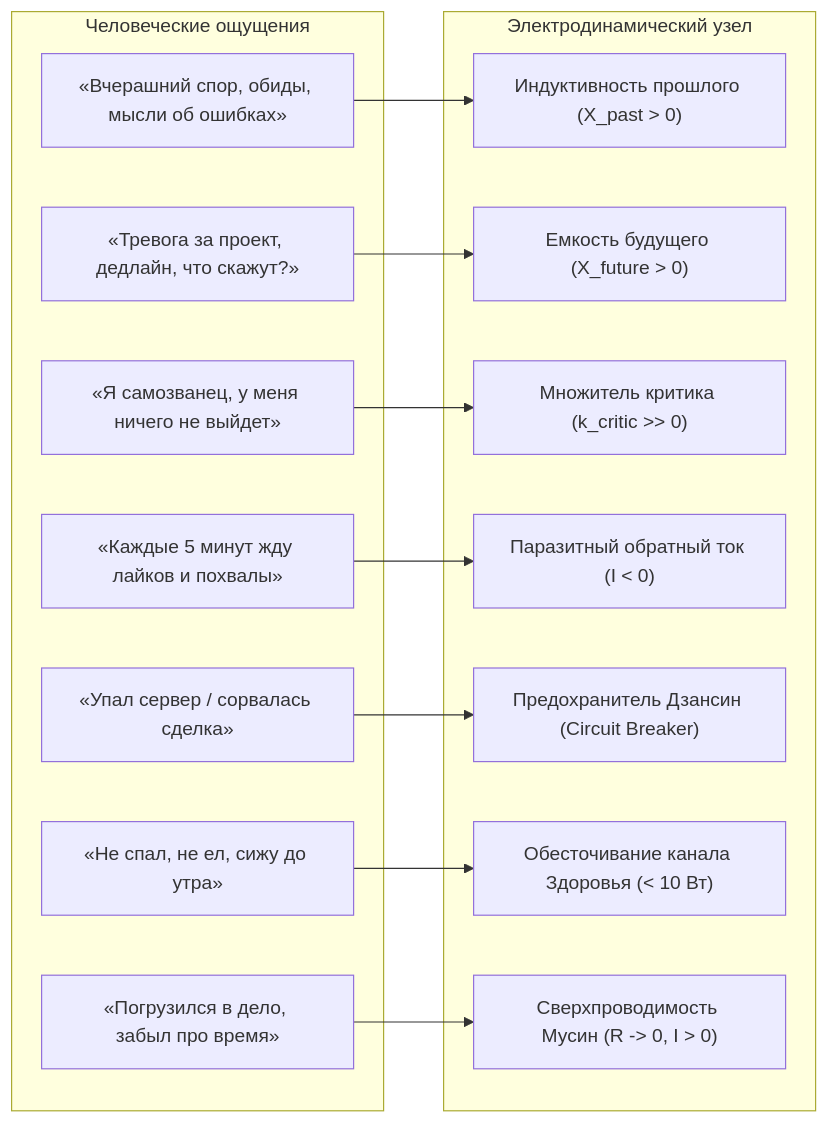
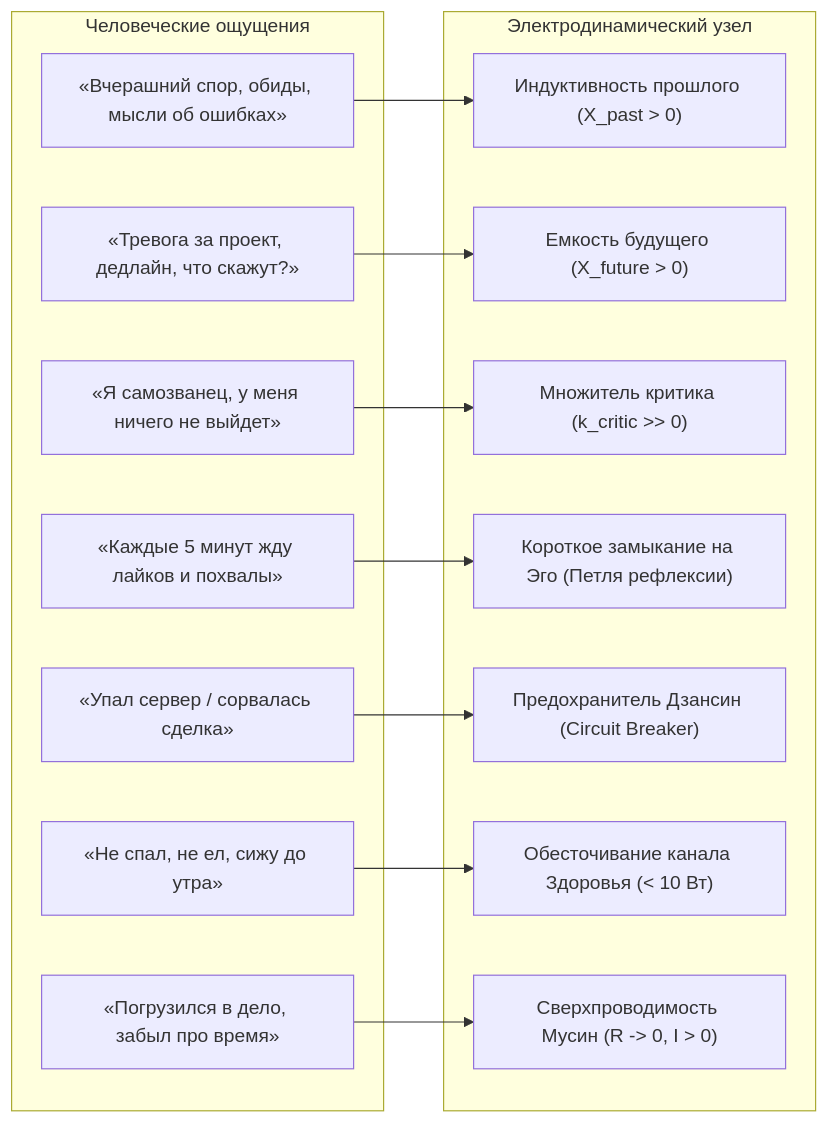
Before and after one commit to vsanyanov-ux/inner-current: the diagram in wiki/19-human-self-check-protocol-and-sensation-translator.md, drawn with Mermaid. The commit also changed other lines of this file and 81 other files, not shown here.

Commit message:
feat(core): v1.4.0 - Zen architecture refactoring, pure physics engine, telemetry validation and domain registries

````diff
--- a/wiki/19-human-self-check-protocol-and-sensation-translator.md
+++ b/wiki/19-human-self-check-protocol-and-sensation-translator.md
@@ -28,30 +28,30 @@
 ```mermaid
 flowchart LR
     subgraph Human ["Человеческие ощущения"]
         H1["«Вчерашний спор, обиды, мысли об ошибках»"]
         H2["«Тревога за проект, дедлайн, что скажут?»"]
         H3["«Я самозванец, у меня ничего не выйдет»"]
         H4["«Каждые 5 минут жду лайков и похвалы»"]
         H5["«Упал сервер / сорвалась сделка»"]
         H6["«Не спал, не ел, сижу до утра»"]
         H7["«Погрузился в дело, забыл про время»"]
     end
 
     subgraph Physics ["Электродинамический узел"]
         P1["Индуктивность прошлого (X_past > 0)"]
         P2["Емкость будущего (X_future > 0)"]
         P3["Множитель критика (k_critic >> 0)"]
-        P4["Паразитный обратный ток (I < 0)"]
+        P4["Короткое замыкание на Эго (Петля рефлексии)"]
         P5["Предохранитель Дзансин (Circuit Breaker)"]
         P6["Обесточивание канала Здоровья (< 10 Вт)"]
         P7["Сверхпроводимость Мусин (R -> 0, I > 0)"]
     end
 
     H1 --> P1
     H2 --> P2
     H3 --> P3
     H4 --> P4
     H5 --> P5
     H6 --> P6
     H7 --> P7
 ```
````
